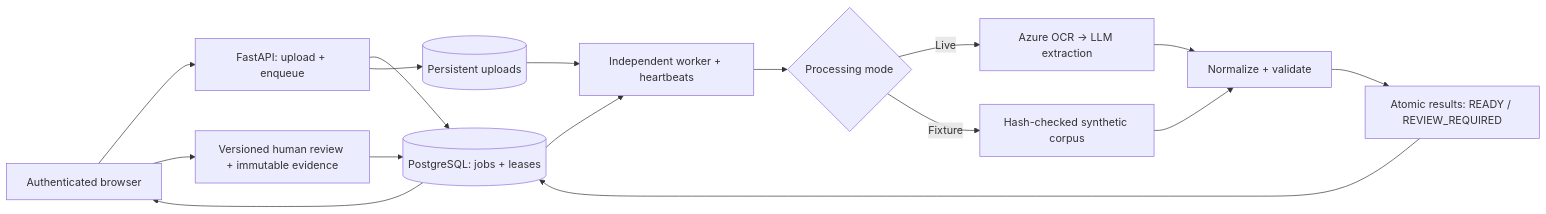
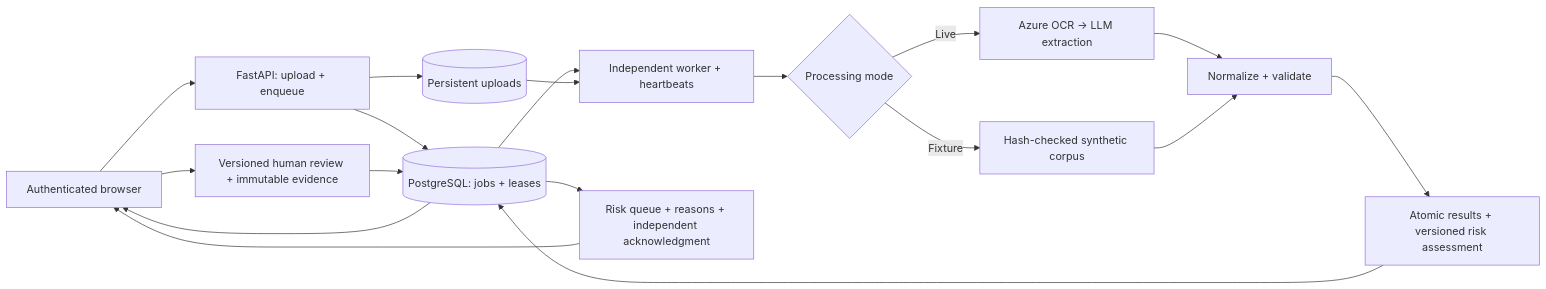
One commit to jengaWiz/Intelligent-Healthcare-Claims-system changed the diagram in README.md. Above: the diagram before and after it, drawn with Mermaid. The commit also changed other lines of this file and 3 other files, not shown here.

Commit message:
docs: showcase explainable risk triage for recruiter review

````diff
--- a/README.md
+++ b/README.md
@@ -80,18 +95,20 @@
 ```mermaid
 flowchart LR
     UI[Authenticated browser] --> API[FastAPI: upload + enqueue]
     API --> DB[(PostgreSQL: jobs + leases)]
     API --> FILES[(Persistent uploads)]
     DB --> W[Independent worker + heartbeats]
     FILES --> W
     W --> MODE{Processing mode}
     MODE -->|Live| OCR[Azure OCR → LLM extraction]
     MODE -->|Fixture| FIX[Hash-checked synthetic corpus]
     OCR --> V[Normalize + validate]
     FIX --> V
-    V --> R[Atomic results: READY / REVIEW_REQUIRED]
+    V --> R[Atomic results + versioned risk assessment]
     R --> DB
     DB --> UI
     UI --> REVIEW[Versioned human review + immutable evidence]
     REVIEW --> DB
+    DB --> QUEUE[Risk queue + reasons + independent acknowledgment]
+    QUEUE --> UI
 ```
````
